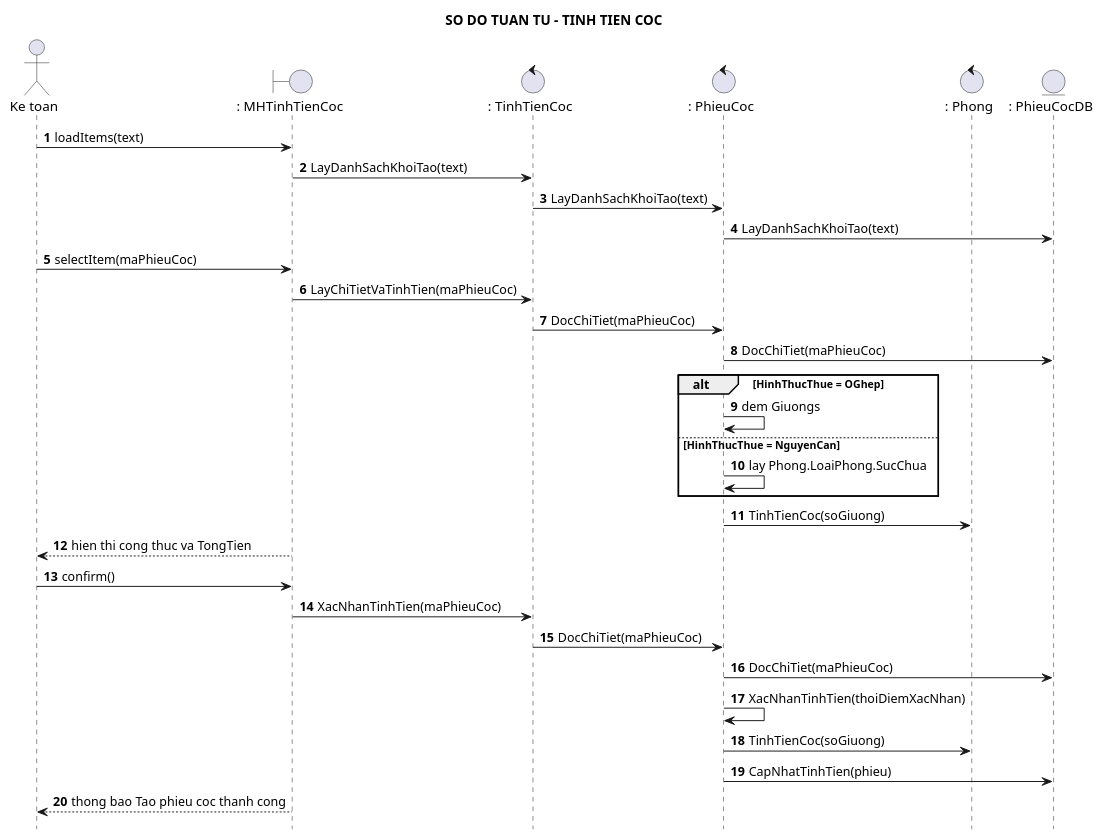
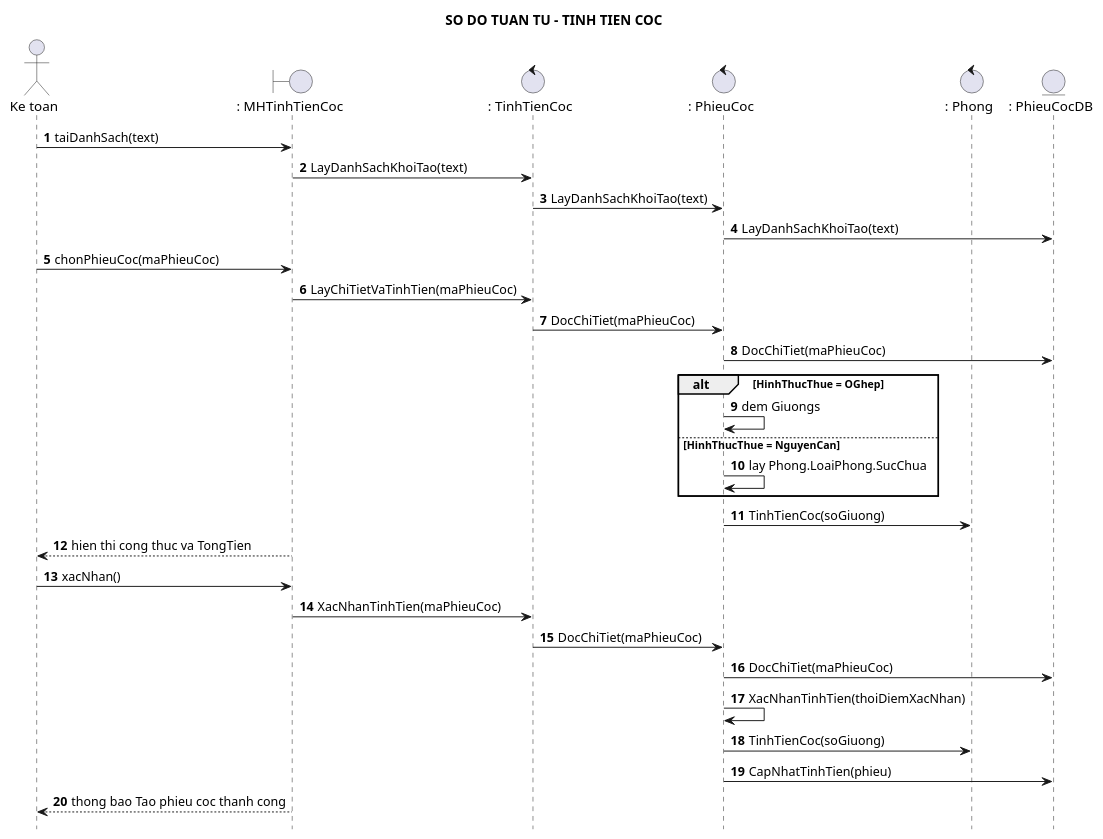
One commit to Ming1309/HomeStay-Dorm changed the diagram in docs/uml/tinh-tien-coc-sequence.puml. Above: the diagram before and after it, drawn with PlantUML. The commit also changed 3 other files, not shown here.

Commit message:
feat(deposit-calc): update deposit calculation UI, service, and UML diagrams

```diff
--- a/docs/uml/tinh-tien-coc-sequence.puml
+++ b/docs/uml/tinh-tien-coc-sequence.puml
@@ -1,41 +1,41 @@
 @startuml
 title SO DO TUAN TU - TINH TIEN COC
 
 hide footbox
 autonumber 1 1
 skinparam shadowing false
 
 actor "Ke toan" as KT
 boundary ": MHTinhTienCoc" as MH
 control ": TinhTienCoc" as TTC
 control ": PhieuCoc" as PC
 control ": Phong" as P
 entity ": PhieuCocDB" as PCDB
 
-KT -> MH : loadItems(text)
+KT -> MH : taiDanhSach(text)
 MH -> TTC : LayDanhSachKhoiTao(text)
 TTC -> PC : LayDanhSachKhoiTao(text)
 PC -> PCDB : LayDanhSachKhoiTao(text)
 
-KT -> MH : selectItem(maPhieuCoc)
+KT -> MH : chonPhieuCoc(maPhieuCoc)
 MH -> TTC : LayChiTietVaTinhTien(maPhieuCoc)
 TTC -> PC : DocChiTiet(maPhieuCoc)
 PC -> PCDB : DocChiTiet(maPhieuCoc)
 alt HinhThucThue = OGhep
   PC -> PC : dem Giuongs
 else HinhThucThue = NguyenCan
   PC -> PC : lay Phong.LoaiPhong.SucChua
 end
 PC -> P : TinhTienCoc(soGiuong)
 MH --> KT : hien thi cong thuc va TongTien
 
-KT -> MH : confirm()
+KT -> MH : xacNhan()
 MH -> TTC : XacNhanTinhTien(maPhieuCoc)
 TTC -> PC : DocChiTiet(maPhieuCoc)
 PC -> PCDB : DocChiTiet(maPhieuCoc)
 PC -> PC : XacNhanTinhTien(thoiDiemXacNhan)
 PC -> P : TinhTienCoc(soGiuong)
 PC -> PCDB : CapNhatTinhTien(phieu)
 MH --> KT : thong bao Tao phieu coc thanh cong
 
 @enduml
```
